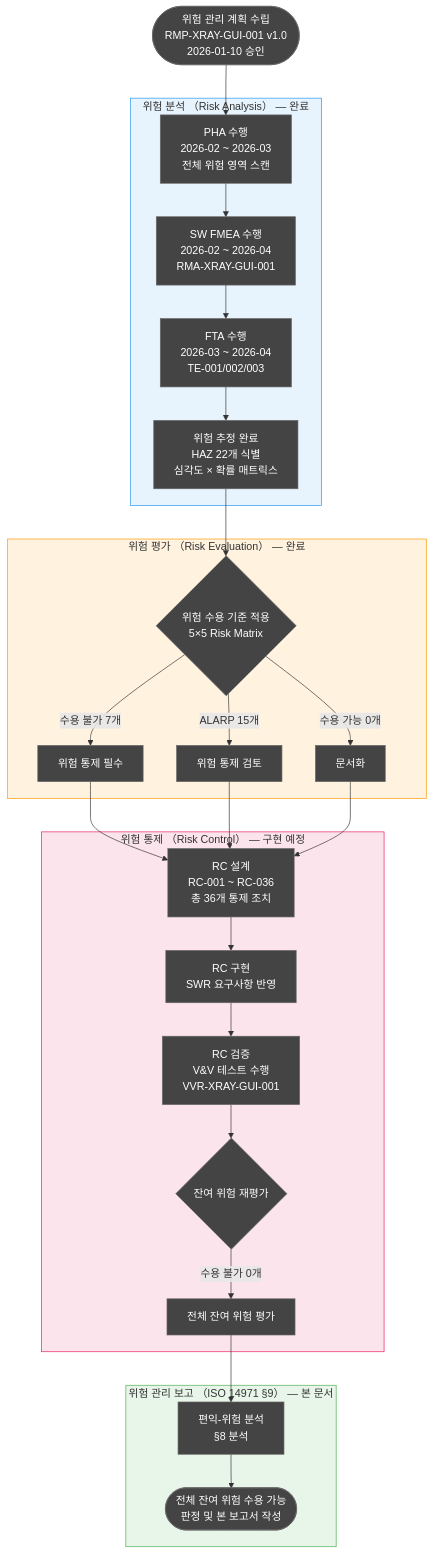
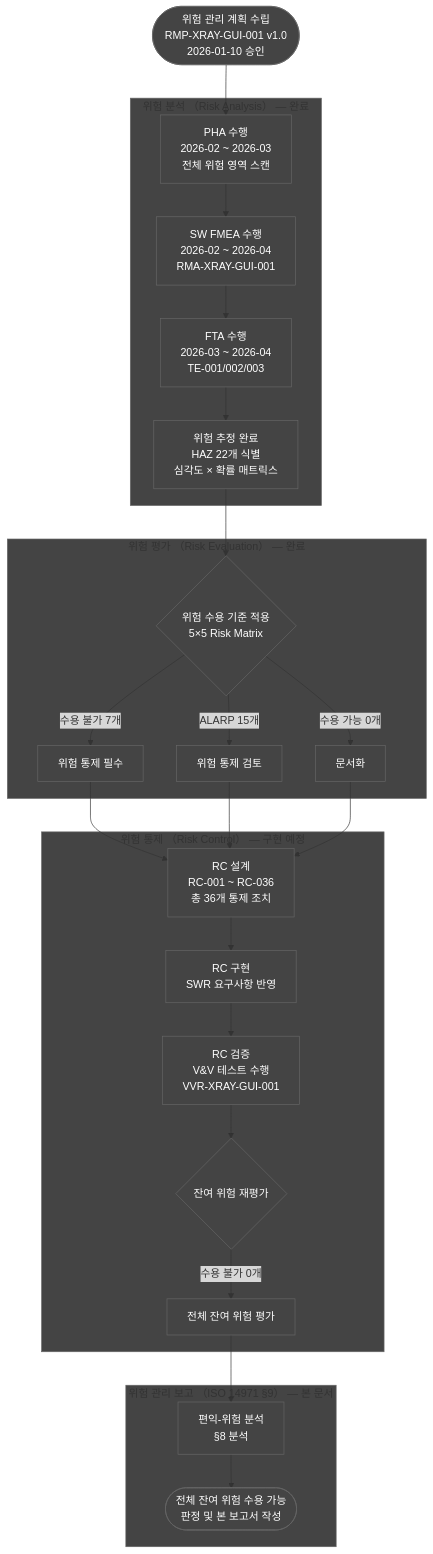
One commit to holee9/console-gui changed the first of 9 diagrams in docs/risk/DOC-010_RMR_v1.0.md. Above: the diagram before and after it, drawn with Mermaid. The commit also changed other lines of this file and 35 other files, not shown here.

First line of the commit message:
fix: 전체 Mermaid 차트 색상 진한 회색 통일

````diff
--- a/docs/risk/DOC-010_RMR_v1.0.md
+++ b/docs/risk/DOC-010_RMR_v1.0.md
@@ -129,40 +129,40 @@
 ```mermaid
 flowchart TD
     classDef default fill:#444,stroke:#666,color:#fff
     A([위험 관리 계획 수립\nRMP-XRAY-GUI-001 v1.0\n2026-01-10 승인]) --> B
 
     subgraph ANALYSIS["위험 분석 （Risk Analysis） — 완료"]
         B[PHA 수행\n2026-02 ~ 2026-03\n전체 위험 영역 스캔]
         B --> C[SW FMEA 수행\n2026-02 ~ 2026-04\nRMA-XRAY-GUI-001]
         C --> D[FTA 수행\n2026-03 ~ 2026-04\nTE-001/002/003]
         D --> E[위험 추정 완료\nHAZ 22개 식별\n심각도 × 확률 매트릭스]
     end
 
     subgraph EVAL["위험 평가 （Risk Evaluation） — 완료"]
         E --> F{위험 수용 기준 적용\n5×5 Risk Matrix}
         F -->|수용 불가 7개| G[위험 통제 필수]
         F -->|ALARP 15개| H[위험 통제 검토]
         F -->|수용 가능 0개| I[문서화]
     end
 
     subgraph CTRL["위험 통제 （Risk Control） — 구현 예정"]
         G --> J[RC 설계\nRC-001 ~ RC-036\n총 36개 통제 조치]
         H --> J
         J --> K[RC 구현\nSWR 요구사항 반영]
         K --> L[RC 검증\nV&V 테스트 수행\nVVR-XRAY-GUI-001]
         L --> M{잔여 위험 재평가}
         M -->|수용 불가 0개| N[전체 잔여 위험 평가]
     end
 
     subgraph REPORT["위험 관리 보고 （ISO 14971 §9） — 본 문서"]
         N --> O[편익-위험 분석\n§8 분석]
         O --> P([전체 잔여 위험 수용 가능\n판정 및 본 보고서 작성])
     end
 
     I --> J
 
-    style ANALYSIS fill:#e8f4fd,stroke:#2196F3
-    style EVAL fill:#fff3e0,stroke:#FF9800
-    style CTRL fill:#fce4ec,stroke:#E91E63
-    style REPORT fill:#e8f5e9,stroke:#4CAF50
+    style ANALYSIS fill:#444,stroke:#666
+    style EVAL fill:#444,stroke:#666
+    style CTRL fill:#444,stroke:#666
+    style REPORT fill:#444,stroke:#666
 ```
````
